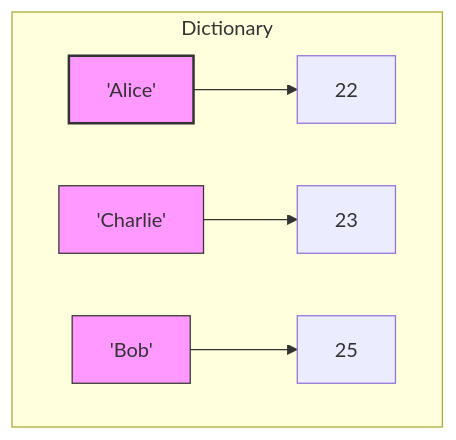
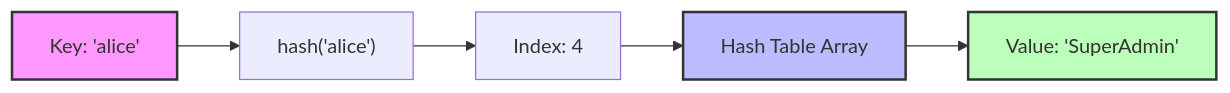
Before and after one commit to SonaniAkshit/python-foundation: the first of 2 diagrams in 02.Strings & Collections/Notes/07.Dictionaries.md, drawn with Mermaid. The commit also changed other lines of this file, not shown here.

````diff
--- a/02.Strings & Collections/Notes/07.Dictionaries.md
+++ b/02.Strings & Collections/Notes/07.Dictionaries.md
@@ -80,12 +102,12 @@
 ```mermaid
 graph LR
-    subgraph Dictionary
-        direction LR
-        A["'Alice'"] --> 22
-        B["'Bob'"] --> 25
-        C["'Charlie'"] --> 23
-    end
-    style A fill:#f9f,stroke:#333,stroke-width:2px
-    style B fill:#f9f,stroke:#333
-    style C fill:#f9f,stroke:#333
+    Key["Key: 'alice'"] --> HashFunc["hash('alice')"]
+    HashFunc --> Index["Index: 4"]
+    Index --> Table["Hash Table Array"]
+    Table --> Value["Value: 'SuperAdmin'"]
+    
+    style Key fill:#f9f,stroke:#333,stroke-width:2px
+    style Table fill:#bbf,stroke:#333,stroke-width:2px
+    style Value fill:#bfb,stroke:#333,stroke-width:2px
+
 ```
````
